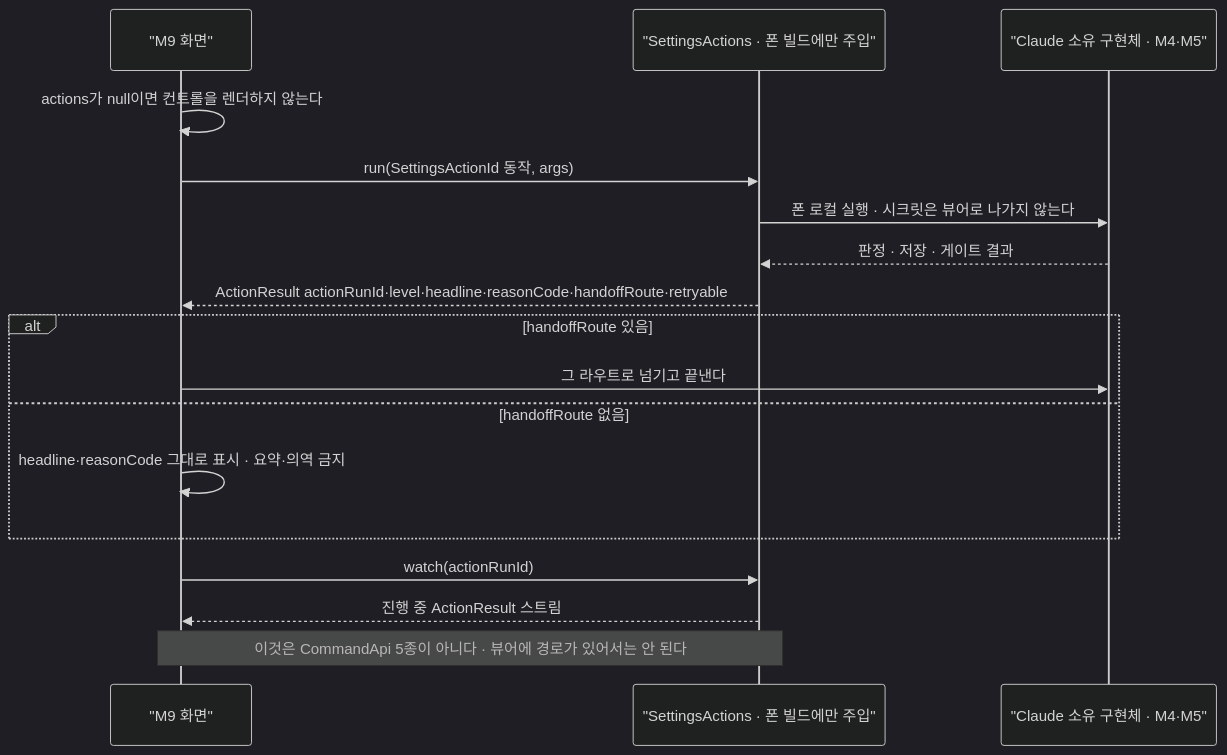
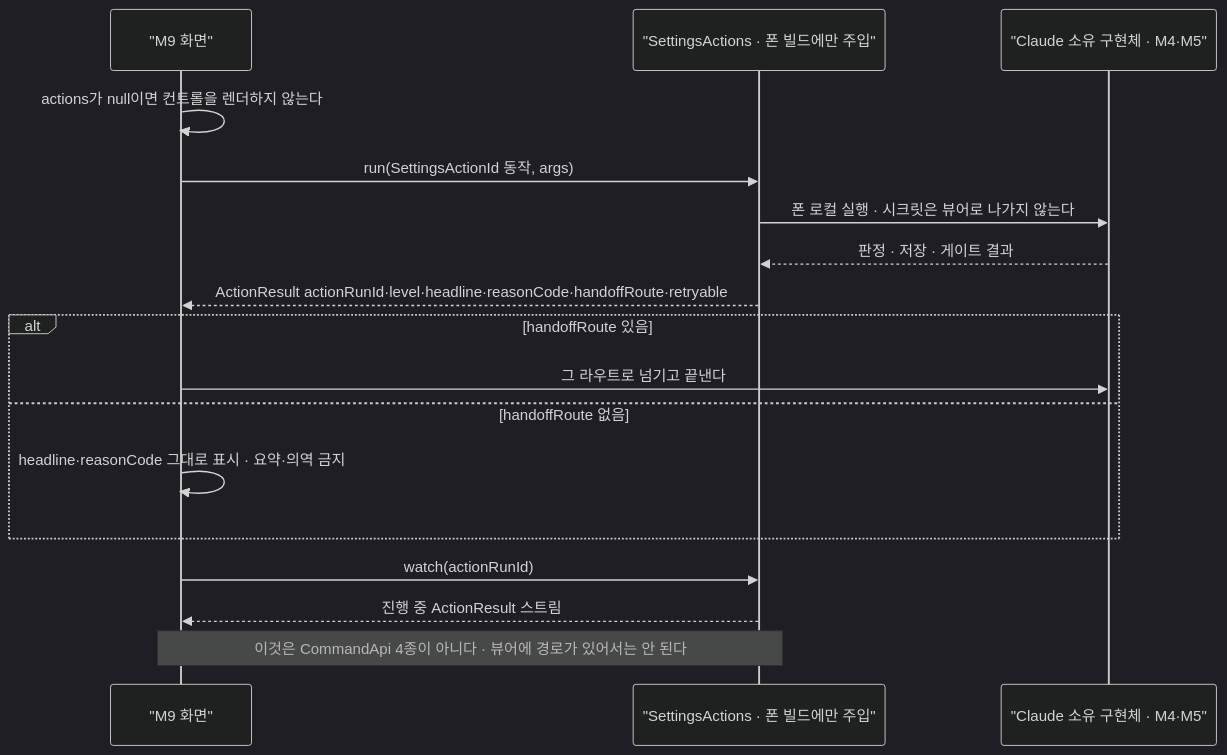
One commit to billybeom/AutoAlphaQuant changed diagram 24 of 24 in docs/ai-context/05_화면명세_M9_설정_관리자.md. Above: the diagram before and after it, drawn with Mermaid (dark theme). The commit also changed other lines of this file and 9 other files, not shown here.

````diff
--- a/docs/ai-context/05_화면명세_M9_설정_관리자.md
+++ b/docs/ai-context/05_화면명세_M9_설정_관리자.md
@@ -984,19 +994,19 @@
 ```mermaid
 sequenceDiagram
   participant SC as "M9 화면"
   participant SA as "SettingsActions · 폰 빌드에만 주입"
   participant CL as "Claude 소유 구현체 · M4·M5"
   SC->>SC: actions가 null이면 컨트롤을 렌더하지 않는다
   SC->>SA: run(SettingsActionId 동작, args)
   SA->>CL: 폰 로컬 실행 · 시크릿은 뷰어로 나가지 않는다
   CL-->>SA: 판정 · 저장 · 게이트 결과
   SA-->>SC: ActionResult actionRunId·level·headline·reasonCode·handoffRoute·retryable
   alt handoffRoute 있음
     SC->>CL: 그 라우트로 넘기고 끝낸다
   else handoffRoute 없음
     SC->>SC: headline·reasonCode 그대로 표시 · 요약·의역 금지
   end
   SC->>SA: watch(actionRunId)
   SA-->>SC: 진행 중 ActionResult 스트림
-  Note over SC,SA: 이것은 CommandApi 5종이 아니다 · 뷰어에 경로가 있어서는 안 된다
+  Note over SC,SA: 이것은 CommandApi 4종이 아니다 · 뷰어에 경로가 있어서는 안 된다
 ```
````
